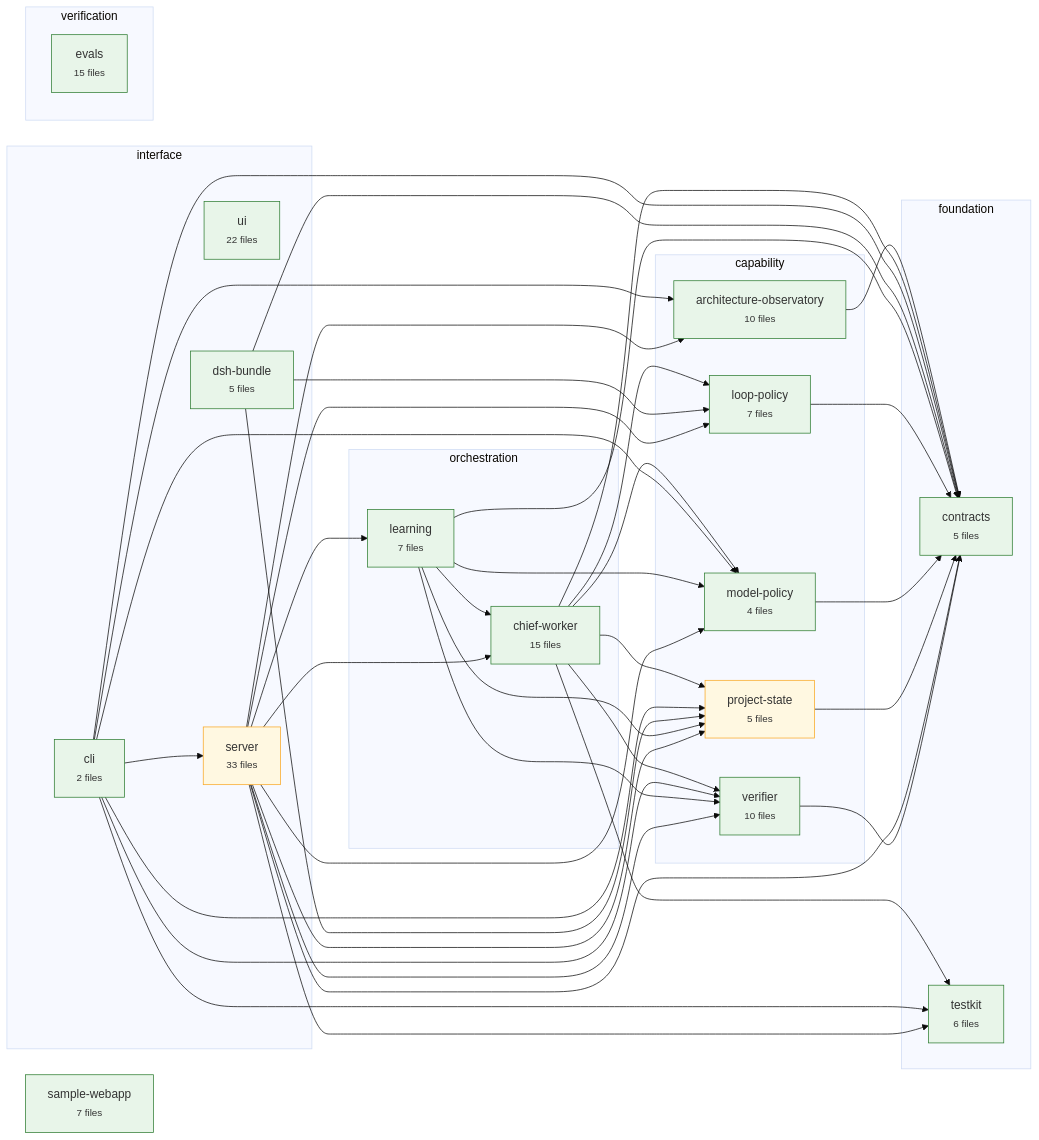
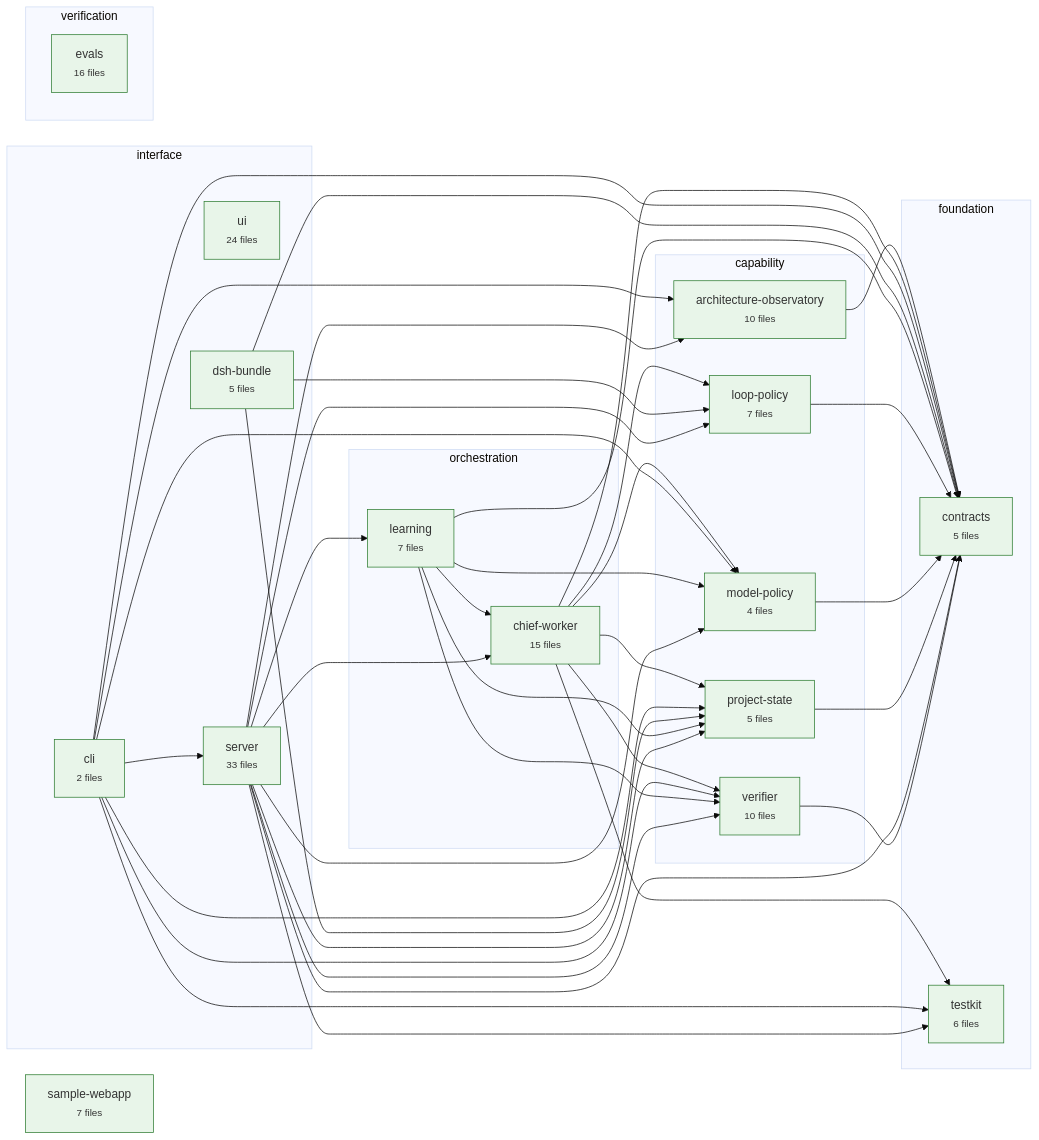
Before and after one commit to CharAzinabulu0079/dgx-super-agent: the diagram in .architecture/graph.mmd, drawn with Mermaid (base theme). The commit also changed 7 other files, not shown here.

```diff
--- a/.architecture/graph.mmd
+++ b/.architecture/graph.mmd
@@ -1,81 +1,81 @@
 flowchart LR
   subgraph layer_foundation["foundation"]
     contracts["contracts<br/><small>5 files</small>"]
     testkit["testkit<br/><small>6 files</small>"]
   end
   subgraph layer_capability["capability"]
     project_state["project-state<br/><small>5 files</small>"]
     verifier["verifier<br/><small>10 files</small>"]
     loop_policy["loop-policy<br/><small>7 files</small>"]
     model_policy["model-policy<br/><small>4 files</small>"]
     architecture_observatory["architecture-observatory<br/><small>10 files</small>"]
   end
   subgraph layer_orchestration["orchestration"]
     learning["learning<br/><small>7 files</small>"]
     chief_worker["chief-worker<br/><small>15 files</small>"]
   end
   subgraph layer_interface["interface"]
     server["server<br/><small>33 files</small>"]
     cli["cli<br/><small>2 files</small>"]
-    ui["ui<br/><small>22 files</small>"]
+    ui["ui<br/><small>24 files</small>"]
     dsh_bundle["dsh-bundle<br/><small>5 files</small>"]
   end
   subgraph layer_verification["verification"]
-    evals["evals<br/><small>15 files</small>"]
+    evals["evals<br/><small>16 files</small>"]
   end
   sample_webapp["sample-webapp<br/><small>7 files</small>"]
   architecture_observatory --> contracts
   chief_worker --> contracts
   chief_worker --> loop_policy
   chief_worker --> model_policy
   chief_worker --> project_state
   chief_worker --> testkit
   chief_worker --> verifier
   cli --> architecture_observatory
   cli --> contracts
   cli --> model_policy
   cli --> project_state
   cli --> server
   cli --> testkit
   cli --> verifier
   dsh_bundle --> contracts
   dsh_bundle --> loop_policy
   dsh_bundle --> project_state
   learning --> chief_worker
   learning --> contracts
   learning --> model_policy
   learning --> project_state
   learning --> verifier
   loop_policy --> contracts
   model_policy --> contracts
   project_state --> contracts
   server --> architecture_observatory
   server --> chief_worker
   server --> contracts
   server --> learning
   server --> loop_policy
   server --> model_policy
   server --> project_state
   server --> testkit
   server --> verifier
   verifier --> contracts
   classDef stable fill:#e8f5e9,stroke:#2e7d32
   classDef changing fill:#fff8e1,stroke:#f9a825
   classDef worker_active fill:#e3f2fd,stroke:#1565c0
   classDef gate_failed fill:#ffebee,stroke:#c62828
   classDef protected stroke:#6a1b9a,stroke-width:3px
   class contracts stable
   class testkit stable
-  class project_state changing
+  class project_state stable
   class verifier stable
   class loop_policy stable
   class model_policy stable
   class architecture_observatory stable
   class learning stable
   class chief_worker stable
-  class server changing
+  class server stable
   class cli stable
   class ui stable
   class dsh_bundle stable
   class evals stable
   class sample_webapp stable
```
